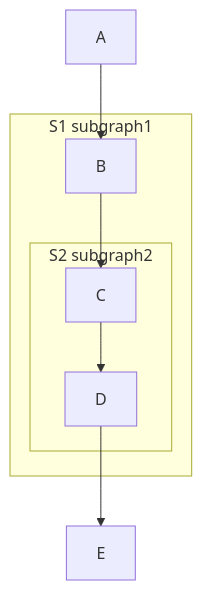
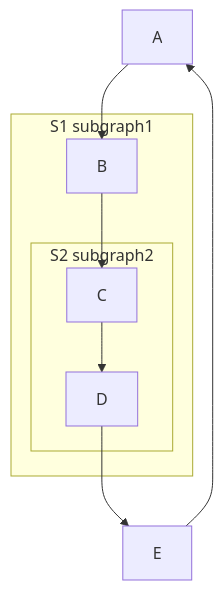
Before and after one commit to trellis-lab/trellis: the diagram in tests/markdown/basic-test.md, drawn with Mermaid. The commit also changed 2 other files, not shown here.

Commit message:
[TRLS-0001] Bugfix of PDF page renderer

````diff
--- a/tests/markdown/basic-test.md
+++ b/tests/markdown/basic-test.md
@@ -5,11 +5,12 @@
 ```mermaid
 graph TB
     A --> B
     subgraph S1 subgraph1
         B --> C
         subgraph S2 subgraph2
             C --> D
         end
     end
     D --> E
+    E --> A
 ```
````
